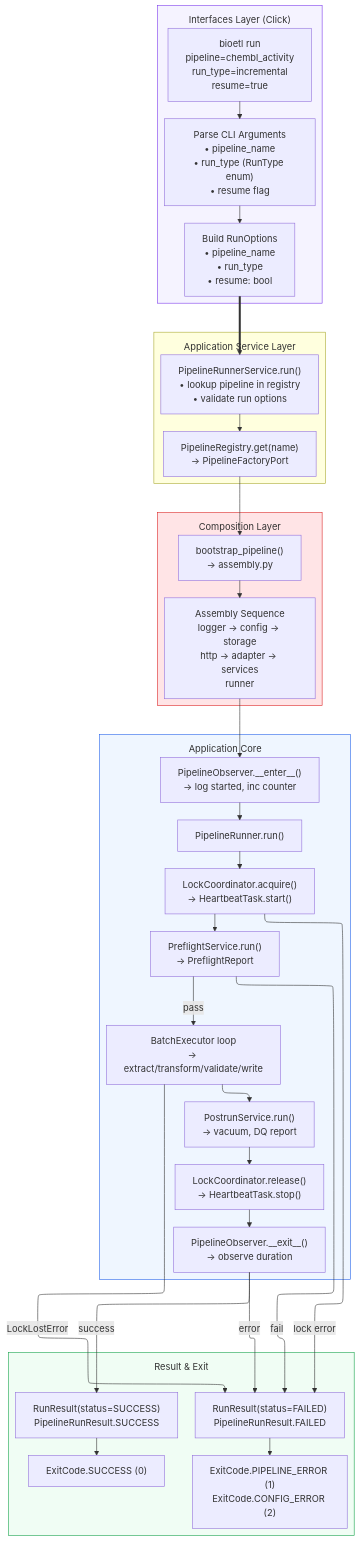
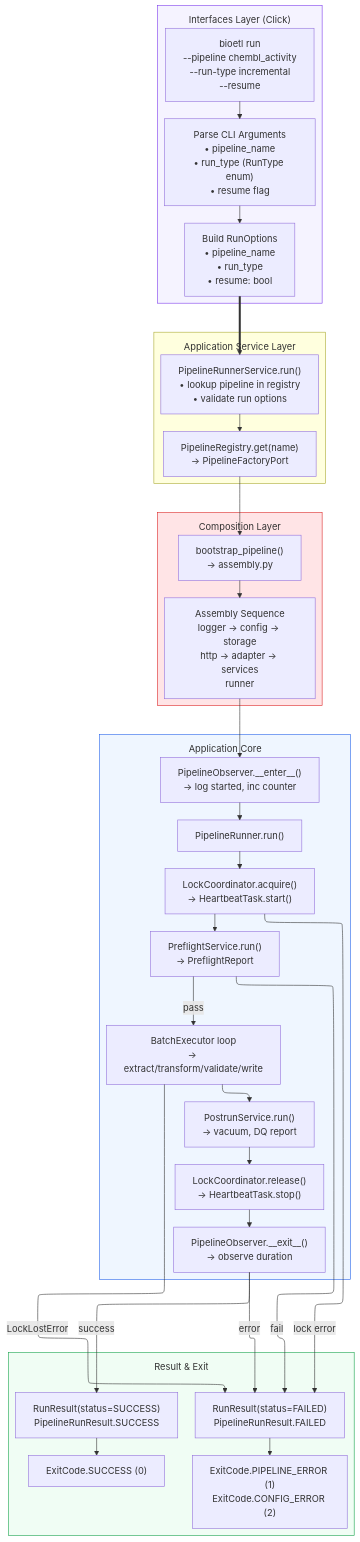
One commit to SatoryKono/BioactivityDataAcquisition changed the diagram in docs/02-architecture/mmd-diagrams/foundation/37-cli-entry-full-chain.mmd. Above: the diagram before and after it, drawn with Mermaid. The commit also changed 37 other files, not shown here.

```diff
--- a/docs/02-architecture/mmd-diagrams/foundation/37-cli-entry-full-chain.mmd
+++ b/docs/02-architecture/mmd-diagrams/foundation/37-cli-entry-full-chain.mmd
@@ -1,86 +1,86 @@
 %% Title: CLI Entry Point to Pipeline Execution Full Chain
 %% Covers: RULES.md §1.1 (Interfaces Layer), interfaces/cli/
 %% Rank: 12 (Score 8.31) — From click command to exit code
 %% Updated: 2026-02-17
 
 %% @version 1.0.0
 %% @date    2026-02-24
 %% @type    flowchart
 %% @level   Mixed (System / Component / Class)
 %% @nodes   19
 %%{init: {
   'flowchart': {
     'subGraphTitleMargin': { 'top': 12, 'bottom': 12 }
   },
   'layout': 'elk',
   'elk': {
     'mergeEdges': true,
     'nodePlacementStrategy': 'BRANDES_KOEPF',
     'edgeRouting': 'ORTHOGONAL'
   }
 }}%%
 %% @uniform width=712 height=184 max_title_len=71 max_desc_lines=8
 flowchart TB
     subgraph CLI["Interfaces Layer (Click)"]
-        CMD["bioetl run<br/>pipeline=chembl_activity<br/>run_type=incremental<br/>resume=true"]
+        CMD["bioetl run<br/>--pipeline chembl_activity<br/>--run-type incremental<br/>--resume"]
         PARSE["Parse CLI Arguments<br/>• pipeline_name<br/>• run_type (RunType enum)<br/>• resume flag"]
         OPTS["Build RunOptions<br/>• pipeline_name<br/>• run_type<br/>• resume: bool"]
     end
 
     subgraph Service["Application Service Layer"]
         PRS["PipelineRunnerService.run()<br/>• lookup pipeline in registry<br/>• validate run options"]
         RESOLVE["PipelineRegistry.get(name)<br/>→ PipelineFactoryPort"]
     end
 
     subgraph Bootstrap["Composition Layer"]
         BOOT["bootstrap_pipeline()<br/>→ assembly.py"]
         ASSEMBLE["Assembly Sequence<br/>logger -> config -> storage<br/>http -> adapter -> services<br/>runner"]
     end
 
     subgraph Execute["Application Core"]
         OBS_ENTER["PipelineObserver.__enter__()<br/>→ log started, inc counter"]
         RUNNER["PipelineRunner.run()"]
         LOCK["LockCoordinator.acquire()<br/>→ HeartbeatTask.start()"]
         PRE["PreflightService.run()<br/>→ PreflightReport"]
         BATCH["BatchExecutor loop<br/>→ extract/transform/validate/write"]
         POST["PostrunService.run()<br/>→ vacuum, DQ report"]
         UNLOCK["LockCoordinator.release()<br/>→ HeartbeatTask.stop()"]
         OBS_EXIT["PipelineObserver.__exit__()<br/>→ observe duration"]
     end
 
     subgraph Result["Result & Exit"]
         RES_OK["RunResult(status=SUCCESS)<br/>PipelineRunResult.SUCCESS"]
         RES_FAIL["RunResult(status=FAILED)<br/>PipelineRunResult.FAILED"]
         EXIT_OK["ExitCode.SUCCESS (0)"]
         EXIT_ERR["ExitCode.PIPELINE_ERROR (1)<br/>ExitCode.CONFIG_ERROR (2)"]
     end
 
     %% Flow
     CMD --> PARSE --> OPTS
     OPTS ==> PRS
     PRS --> RESOLVE
     RESOLVE --> BOOT --> ASSEMBLE
 
     ASSEMBLE --> OBS_ENTER
     OBS_ENTER --> RUNNER
     RUNNER --> LOCK --> PRE
 
     PRE -->|"pass"| BATCH
     PRE -->|"fail"| RES_FAIL
 
     BATCH --> POST --> UNLOCK --> OBS_EXIT
 
     OBS_EXIT -->|"success"| RES_OK
     OBS_EXIT -->|"error"| RES_FAIL
 
     LOCK -->|"lock error"| RES_FAIL
     BATCH -->|"LockLostError"| RES_FAIL
 
     RES_OK --> EXIT_OK
     RES_FAIL --> EXIT_ERR
 
     %% Styling
     style CLI fill:#f5f3ff,stroke:#7c3aed
     style Bootstrap fill:#ffe4e6,stroke:#dc2626
     style Execute fill:#eff6ff,stroke:#2563eb
     style Result fill:#f0fdf4,stroke:#16a34a
```
